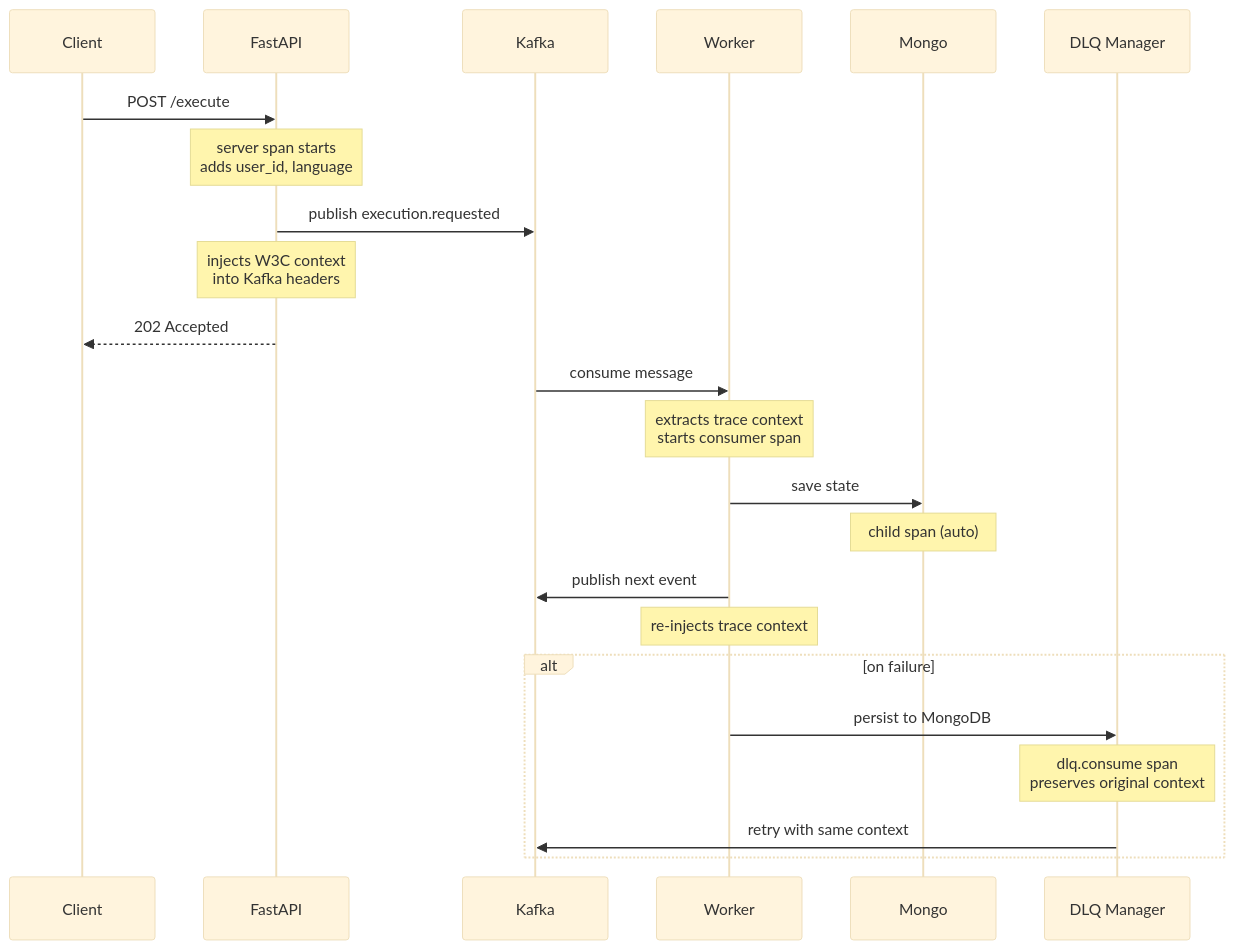
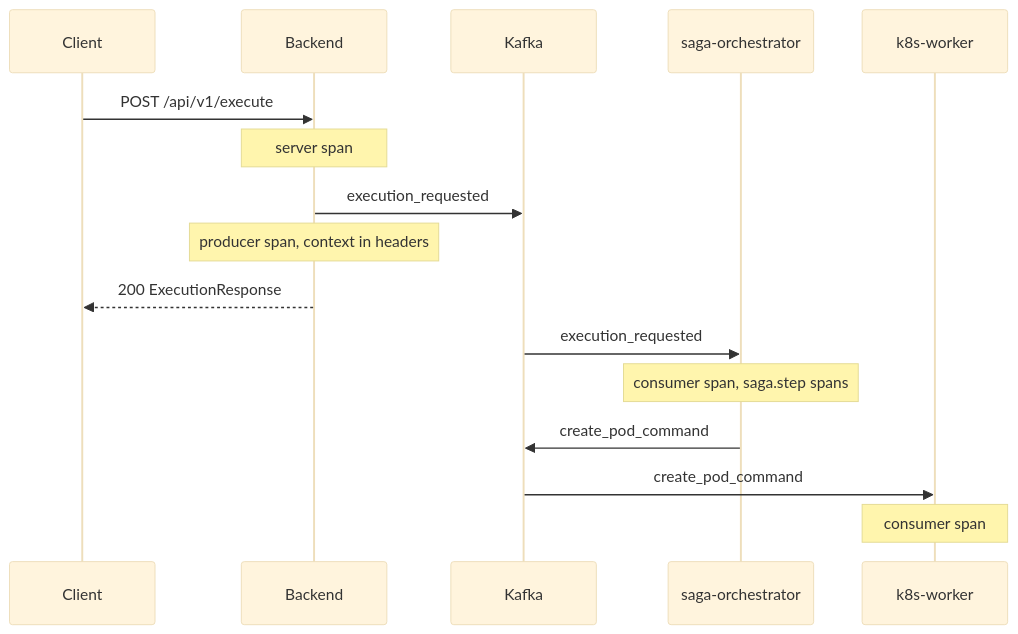
Before and after one commit to HardMax71/Integr8sCode: the diagram in docs/operations/tracing.md, drawn with Mermaid (base theme). The commit also changed other lines of this file and 304 other files, not shown here.

````diff
--- a/docs/operations/tracing.md
+++ b/docs/operations/tracing.md
@@ -39,32 +41,19 @@
 ```mermaid
 sequenceDiagram
     participant Client
-    participant API as FastAPI
+    participant API as Backend
     participant Kafka
-    participant Worker
-    participant Mongo
-    participant DLQ as DLQ Manager
+    participant Saga as saga-orchestrator
+    participant K8s as k8s-worker
 
-    Client->>API: POST /execute
-    Note over API: server span starts<br/>adds user_id, language
-
-    API->>Kafka: publish execution.requested
-    Note over API: injects W3C context<br/>into Kafka headers
-
-    API-->>Client: 202 Accepted
-
-    Kafka->>Worker: consume message
-    Note over Worker: extracts trace context<br/>starts consumer span
-
-    Worker->>Mongo: save state
-    Note over Mongo: child span (auto)
-
-    Worker->>Kafka: publish next event
-    Note over Worker: re-injects trace context
-
-    alt on failure
-        Worker->>DLQ: persist to MongoDB
-        Note over DLQ: dlq.consume span<br/>preserves original context
-        DLQ->>Kafka: retry with same context
-    end
+    Client->>API: POST /api/v1/execute
+    Note over API: server span
+    API->>Kafka: execution_requested
+    Note over API: producer span, context in headers
+    API-->>Client: 200 ExecutionResponse
+    Kafka->>Saga: execution_requested
+    Note over Saga: consumer span, saga.step spans
+    Saga->>Kafka: create_pod_command
+    Kafka->>K8s: create_pod_command
+    Note over K8s: consumer span
 ```
````
